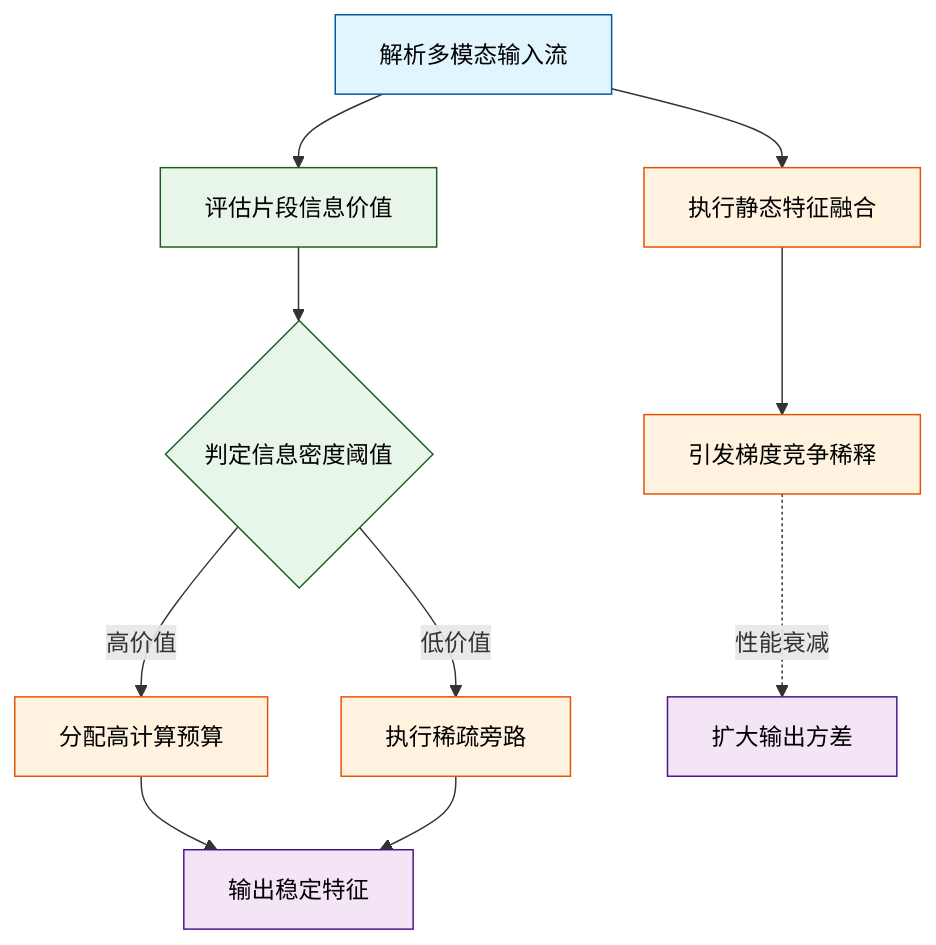
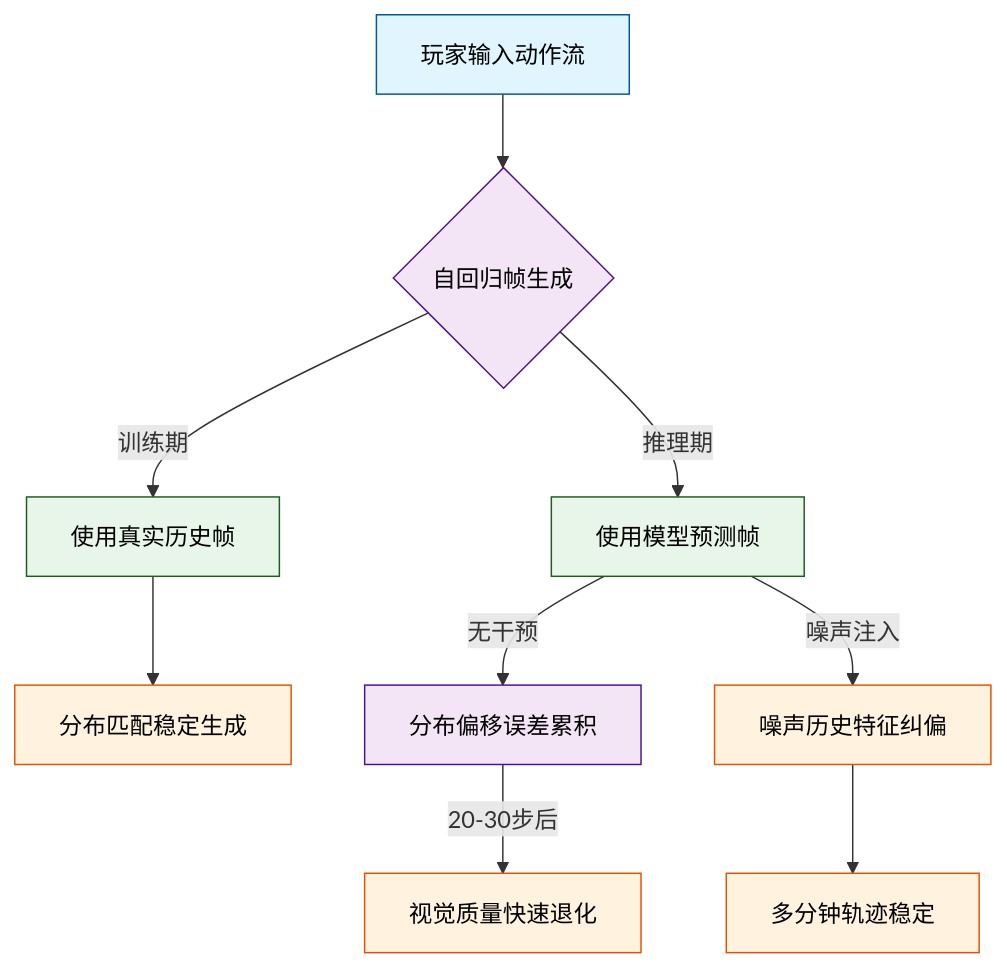
The first of 10 diagrams in person_vault/2026-06-08_DiffusionModelsAreRealTimeGameEngines_2408.14837/report.md (ShinewineW/paper-rolling), drawn with Mermaid before and after one commit. The commit also changed other lines of this file and 51 other files, not shown here.

````diff
--- a/person_vault/2026-06-08_DiffusionModelsAreRealTimeGameEngines_2408.14837/report.md
+++ b/person_vault/2026-06-08_DiffusionModelsAreRealTimeGameEngines_2408.14837/report.md
@@ -48,17 +50,16 @@
 ```mermaid
 flowchart TD
-    classDef input fill:#e1f5fe,stroke:#01579b,color:#000;
+    classDef start fill:#e1f5fe,stroke:#01579b,color:#000;
     classDef process fill:#fff3e0,stroke:#e65100,color:#000;
-    classDef decision fill:#e8f5e9,stroke:#1b5e20,color:#000;
-    classDef output fill:#f3e5f5,stroke:#4a148c,color:#000;
+    classDef decision fill:#f3e5f5,stroke:#4a148c,color:#000;
+    classDef data fill:#e8f5e9,stroke:#1b5e20,color:#000;
 
-    raw_input["解析多模态输入流"]:::input --> static_fusion["执行静态特征融合"]:::process
-    raw_input --> dynamic_gate["评估片段信息价值"]:::decision
-    static_fusion --> noise_interference["引发梯度竞争稀释"]:::process
-    dynamic_gate --> high_entropy{判定信息密度阈值}:::decision
-    high_entropy -->|高价值| focus_compute["分配高计算预算"]:::process
-    high_entropy -->|低价值| sparse_skip["执行稀疏旁路"]:::process
-    focus_compute --> robust_output["输出稳定特征"]:::output
-    sparse_skip --> robust_output
-    noise_interference -.->|性能衰减| degraded_output["扩大输出方差"]:::output
+    player_action["玩家输入动作流"]:::start --> gen_loop{自回归帧生成}:::decision
+    gen_loop -->|训练期| teacher_force["使用真实历史帧"]:::data
+    gen_loop -->|推理期| self_pred["使用模型预测帧"]:::data
+    teacher_force --> stable_gen["分布匹配稳定生成"]:::process
+    self_pred -->|无干预| domain_shift["分布偏移误差累积"]:::decision
+    domain_shift -->|20-30步后| quality_drop["视觉质量快速退化"]:::process
+    self_pred -->|噪声注入| noise_bridge["噪声历史特征纠偏"]:::process
+    noise_bridge --> long_stable["多分钟轨迹稳定"]:::process
 ```
````
